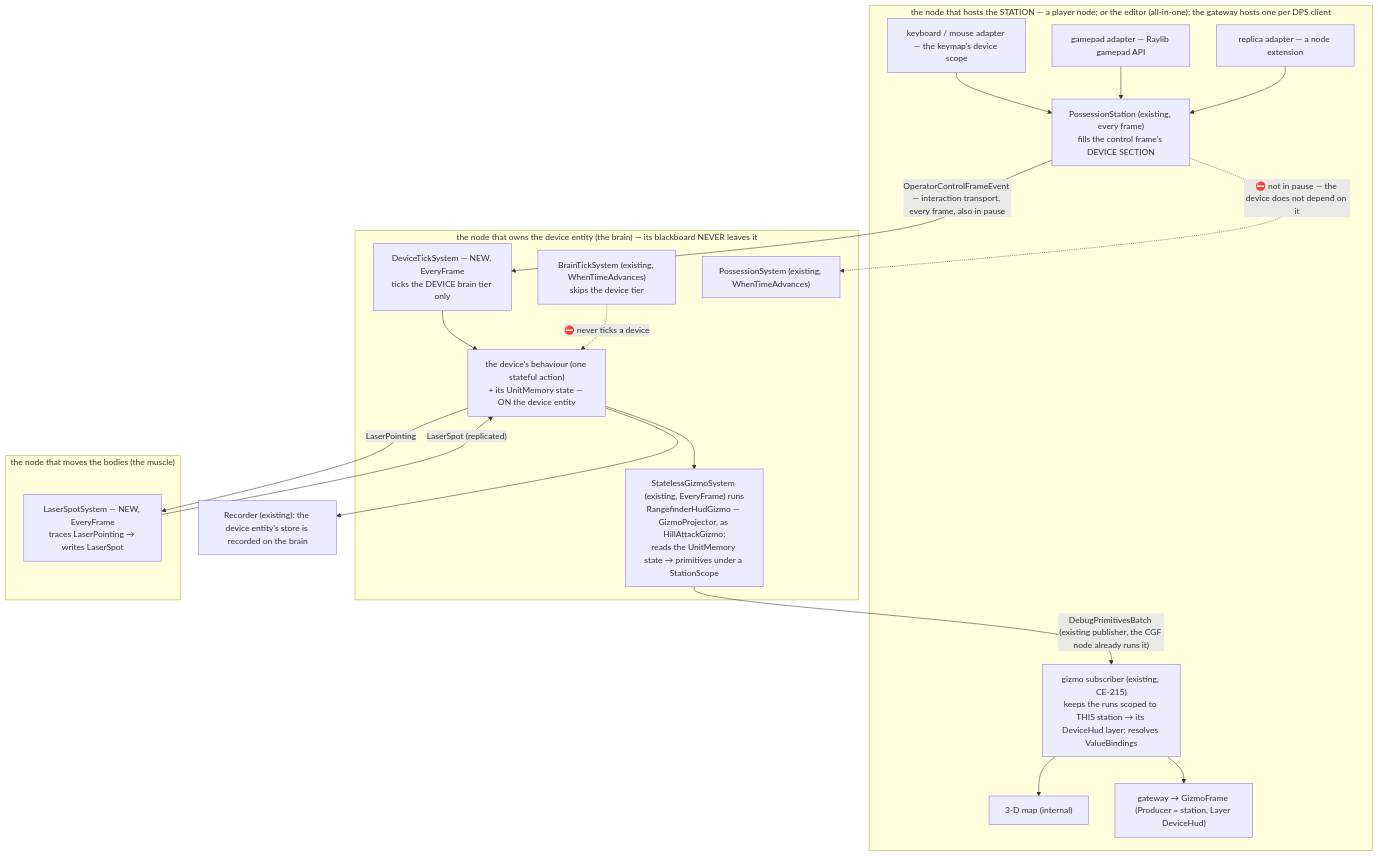
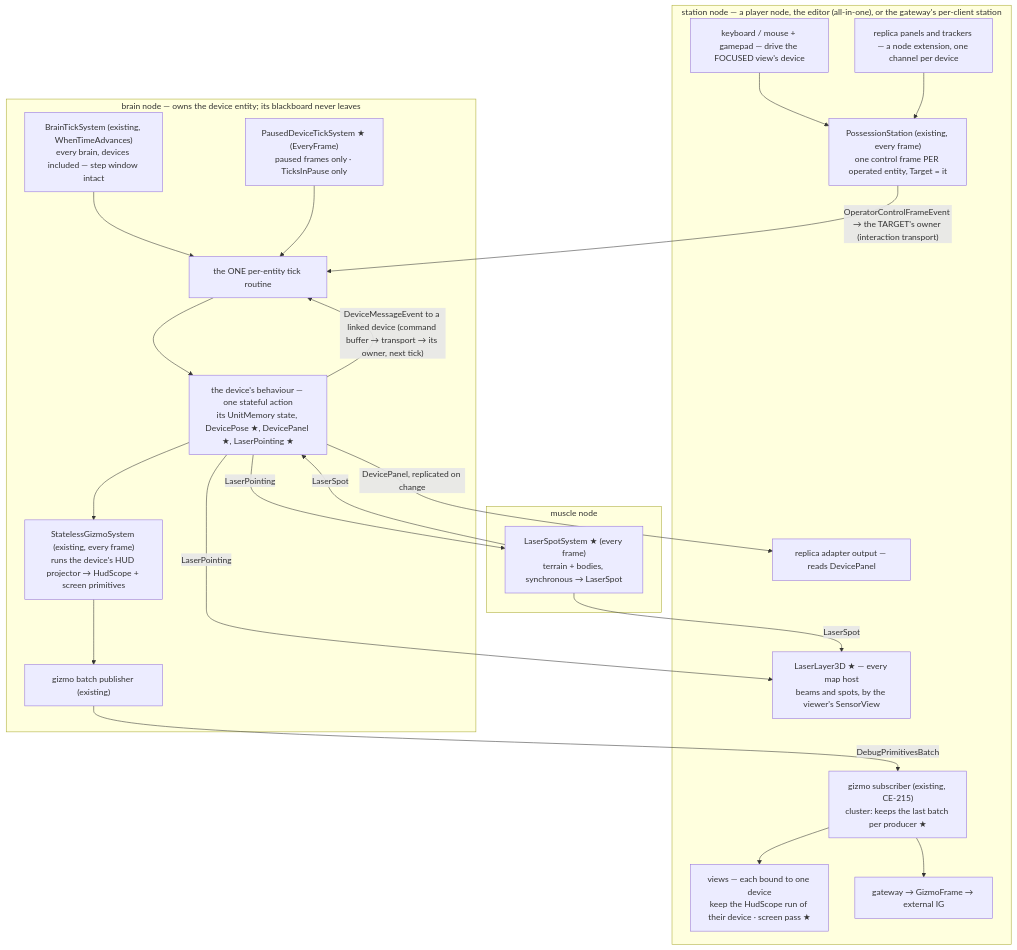
One commit to pjanec/HROT changed the first of 6 diagrams in docs/designs/devices/DESIGN_Simulated_Devices.md. Above: the diagram before and after it, drawn with Mermaid. The commit also changed other lines of this file and 1 other file, not shown here.

````diff
--- a/docs/designs/devices/DESIGN_Simulated_Devices.md
+++ b/docs/designs/devices/DESIGN_Simulated_Devices.md
@@ -78,37 +78,41 @@
 ```mermaid
 graph TD
-  subgraph STATION["the node that hosts the STATION — a player node; or the editor (all-in-one); the gateway hosts one per DPS client"]
-    KM["keyboard / mouse adapter — the keymap's device scope"]
-    PAD["gamepad adapter — Raylib gamepad API"]
-    REP["replica adapter — a node extension"]
-    PS["PossessionStation (existing, every frame)<br/>fills the control frame's DEVICE SECTION"]
-    SUB["gizmo subscriber (existing, CE-215)<br/>keeps the runs scoped to THIS station → its DeviceHud layer; resolves ValueBindings"]
-    MAP["3-D map (internal)"]
-    GW["gateway → GizmoFrame (Producer = station, Layer DeviceHud)"]
+  subgraph STATION["station node — a player node, the editor (all-in-one), or the gateway's per-client station"]
+    KM["keyboard / mouse + gamepad — drive the FOCUSED view's device"]
+    REP["replica panels and trackers — a node extension, one channel per device"]
+    PS["PossessionStation (existing, every frame)<br/>one control frame PER operated entity, Target = it"]
+    SUB["gizmo subscriber (existing, CE-215)<br/>cluster: keeps the last batch per producer ★"]
+    VIEW["views — each bound to one device<br/>keep the HudScope run of their device · screen pass ★"]
+    LL["LaserLayer3D ★ — every map host<br/>beams and spots, by the viewer's SensorView"]
+    RA["replica adapter output — reads DevicePanel"]
+    GW["gateway → GizmoFrame → external IG"]
   end
-  subgraph BRAIN["the node that owns the device entity (the brain) — its blackboard NEVER leaves it"]
-    DTS["DeviceTickSystem — NEW, EveryFrame<br/>ticks the DEVICE brain tier only"]
-    DB["the device's behaviour (one stateful action)<br/>+ its UnitMemory state — ON the device entity"]
-    HUDS["StatelessGizmoSystem (existing, EveryFrame) runs<br/>RangefinderHudGizmo — GizmoProjector, as HillAttackGizmo:<br/>reads the UnitMemory state → primitives under a StationScope"]
-    BTS["BrainTickSystem (existing, WhenTimeAdvances)<br/>skips the device tier"]
-    POS["PossessionSystem (existing, WhenTimeAdvances)"]
+  subgraph BRAIN["brain node — owns the device entity; its blackboard never leaves"]
+    BTS["BrainTickSystem (existing, WhenTimeAdvances)<br/>every brain, devices included — step window intact"]
+    PDT["PausedDeviceTickSystem ★ (EveryFrame)<br/>paused frames only · TicksInPause only"]
+    RT["the ONE per-entity tick routine"]
+    DB["the device's behaviour — one stateful action<br/>its UnitMemory state, DevicePose ★, DevicePanel ★, LaserPointing ★"]
+    SGS["StatelessGizmoSystem (existing, every frame)<br/>runs the device's HUD projector → HudScope + screen primitives"]
+    PUB["gizmo batch publisher (existing)"]
   end
-  subgraph MUSCLE["the node that moves the bodies (the muscle)"]
-    LSS["LaserSpotSystem — NEW, EveryFrame<br/>traces LaserPointing → writes LaserSpot"]
+  subgraph MUSCLE["muscle node"]
+    LSS["LaserSpotSystem ★ (every frame)<br/>terrain + bodies, synchronous → LaserSpot"]
   end
-  REC["Recorder (existing): the device entity's store is recorded on the brain"]
   KM --> PS
-  PAD --> PS
   REP --> PS
-  PS -->|"OperatorControlFrameEvent — interaction transport, every frame, also in pause"| DTS
-  DTS --> DB
-  DB --> HUDS
-  HUDS -->|"DebugPrimitivesBatch (existing publisher, the CGF node already runs it)"| SUB
-  SUB --> MAP
+  PS -->|"OperatorControlFrameEvent → the TARGET's owner (interaction transport)"| RT
+  BTS --> RT
+  PDT --> RT
+  RT --> DB
+  DB -->|"DeviceMessageEvent to a linked device (command buffer → transport → its owner, next tick)"| RT
+  DB --> SGS
+  SGS --> PUB
+  PUB -->|"DebugPrimitivesBatch"| SUB
+  SUB --> VIEW
   SUB --> GW
+  DB -->|"DevicePanel, replicated on change"| RA
   DB -->|"LaserPointing"| LSS
-  LSS -->|"LaserSpot (replicated)"| DB
-  DB --> REC
-  PS -.->|"⛔ not in pause — the device does not depend on it"| POS
-  BTS -.->|"⛔ never ticks a device"| DB
+  LSS -->|"LaserSpot"| LL
+  LSS -->|"LaserSpot"| DB
+  DB -->|"LaserPointing"| LL
 ```
````
